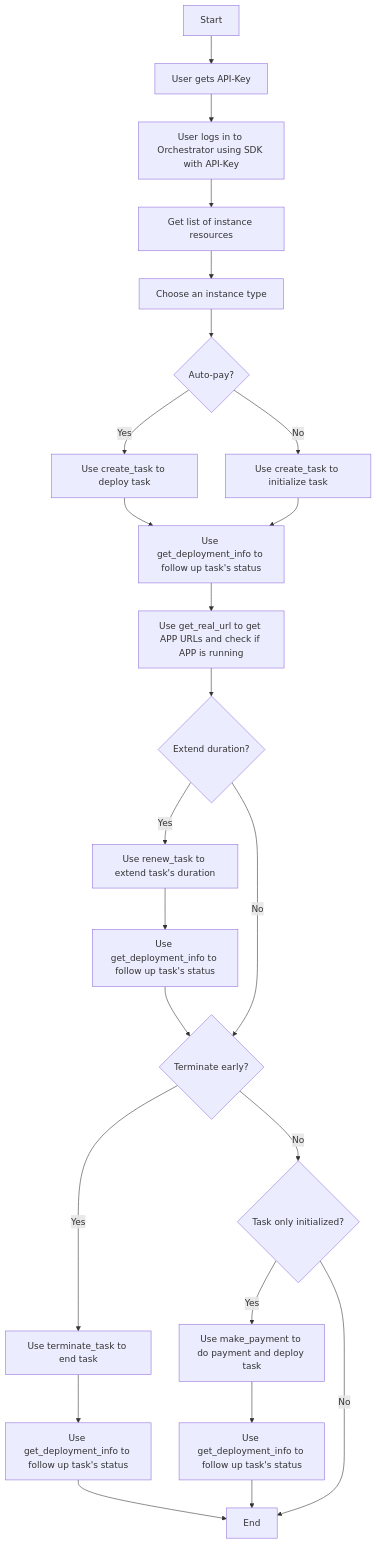
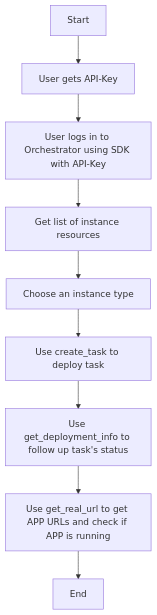
The first of 3 diagrams in docs/sdk/flowchart.md (alphaflows/workbench), drawn with Mermaid before and after one commit. The commit also changed other lines of this file, not shown here.

````diff
--- a/docs/sdk/flowchart.md
+++ b/docs/sdk/flowchart.md
@@ -19,26 +29,11 @@
 ```mermaid
 flowchart TD
     A[Start] --> B[User gets API-Key]
     B --> C[User logs in to Orchestrator using SDK with API-Key]
     C --> D[Get list of instance resources]
     D --> E[Choose an instance type]
-    E --> F{Auto-pay?}
-    F -->|Yes| G[Use create_task to deploy task]
-    F -->|No| H[Use create_task to initialize task]
-    G --> I[Use get_deployment_info to follow up task's status]
-    H --> I
-    I --> J[Use get_real_url to get APP URLs and check if APP is running]
-    J --> K{Extend duration?}
-    K -->|Yes| L[Use renew_task to extend task's duration]
-    L --> M[Use get_deployment_info to follow up task's status]
-    K -->|No| N{Terminate early?}
-    N -->|Yes| O[Use terminate_task to end task]
-    O --> P[Use get_deployment_info to follow up task's status]
-    N -->|No| Q{Task only initialized?}
-    Q -->|Yes| R[Use make_payment to do payment and deploy task]
-    R --> S[Use get_deployment_info to follow up task's status]
-    Q -->|No| T[End]
-    M --> N
-    P --> T
-    S --> T
+    E --> F[Use create_task to deploy task]
+    F --> G[Use get_deployment_info to follow up task's status]
+    G --> H[Use get_real_url to get APP URLs and check if APP is running]
+    H --> I[End]
 ```
````
